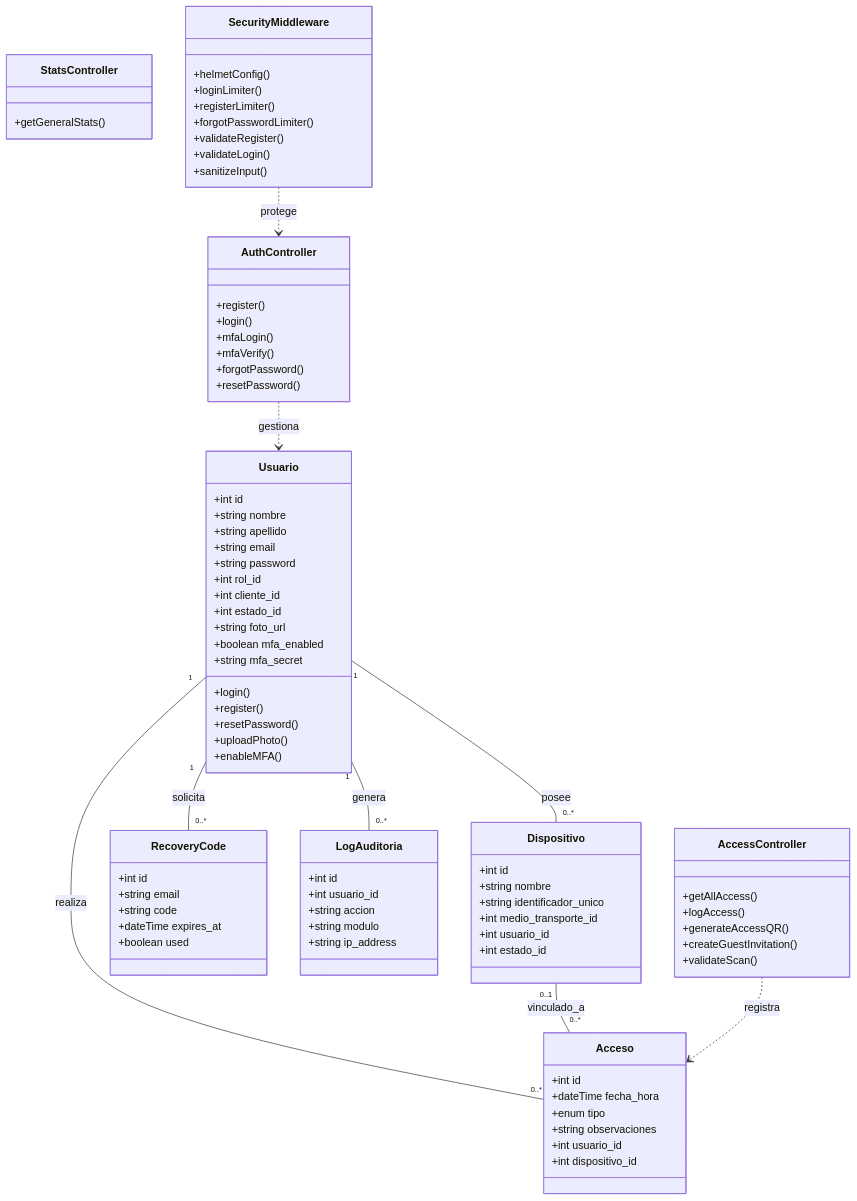
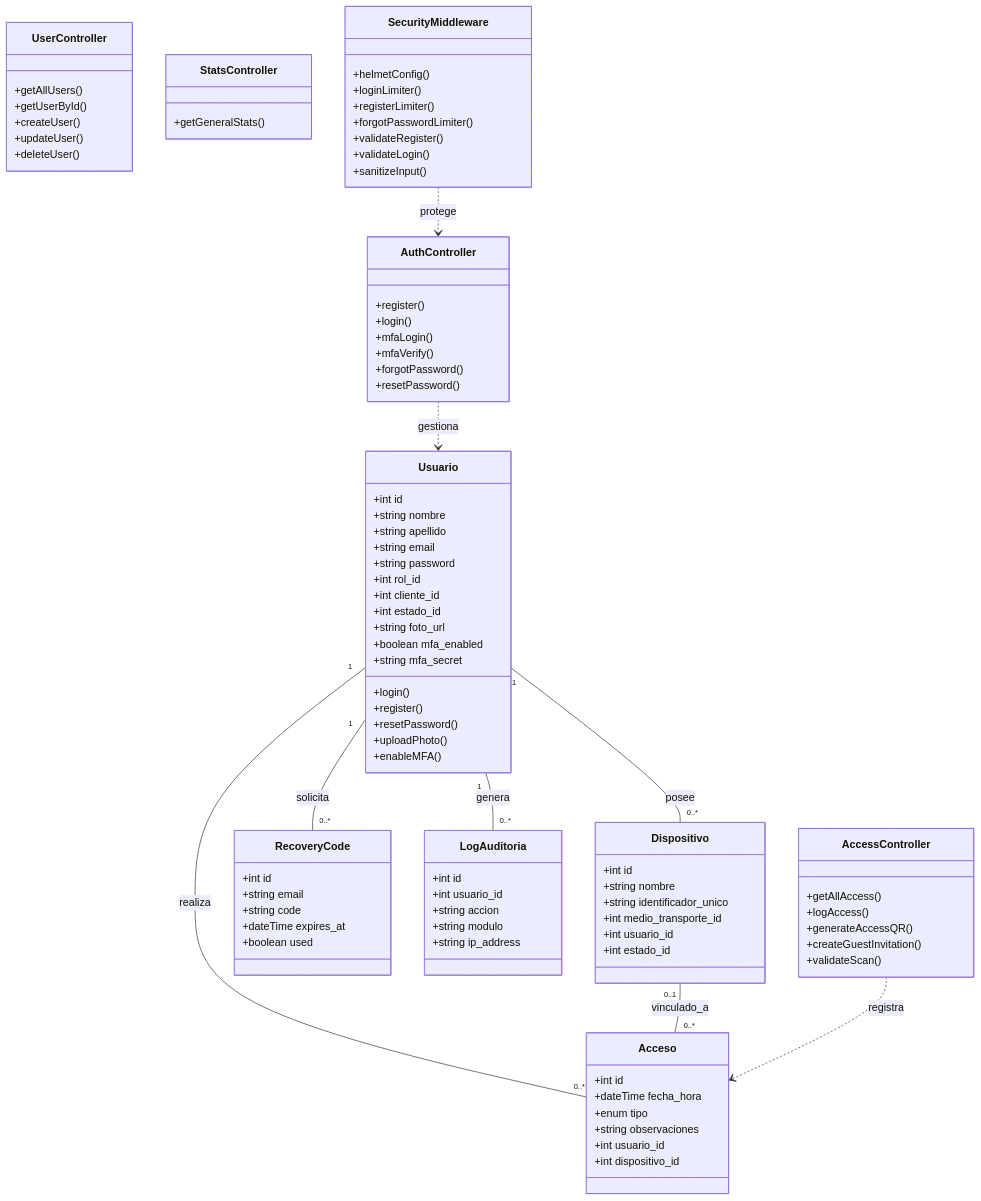
Before and after one commit to islanys31/Passly: the second of 5 diagrams in docs/02_DIAGRAMAS_SISTEMA.md, drawn with Mermaid. The commit also changed other lines of this file and 1 other file, not shown here.

Commit message:
docs: actualizacion de requisitos y diagramas para cubrir eliminacion logica y ficha maestra

```diff
--- a/docs/02_DIAGRAMAS_SISTEMA.md
+++ b/docs/02_DIAGRAMAS_SISTEMA.md
@@ -103,6 +108,13 @@
         +forgotPassword()
         +resetPassword()
     }
+    class UserController {
+        +getAllUsers()
+        +getUserById()
+        +createUser()
+        +updateUser()
+        +deleteUser()
+    }
     class AccessController {
         +getAllAccess()
         +logAccess()
```
